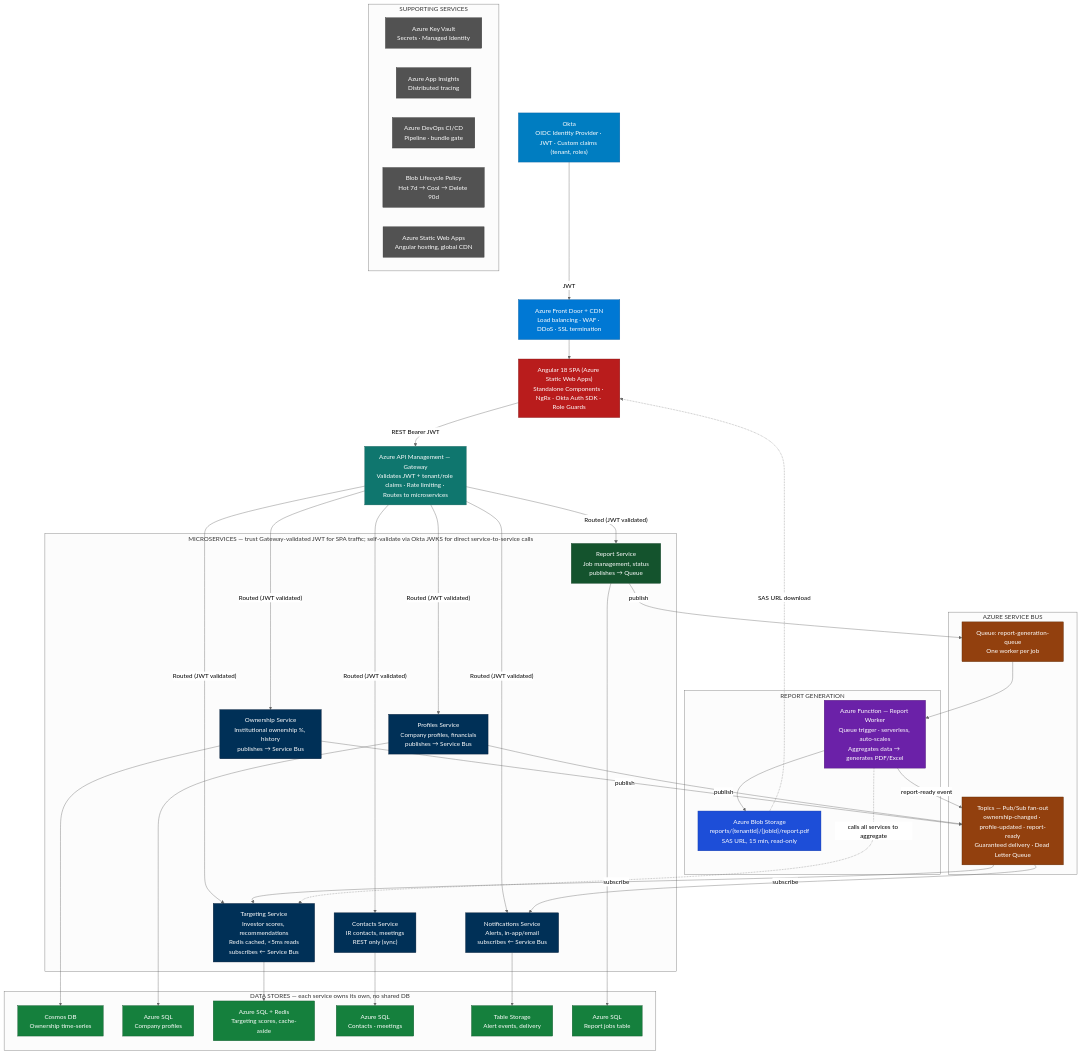
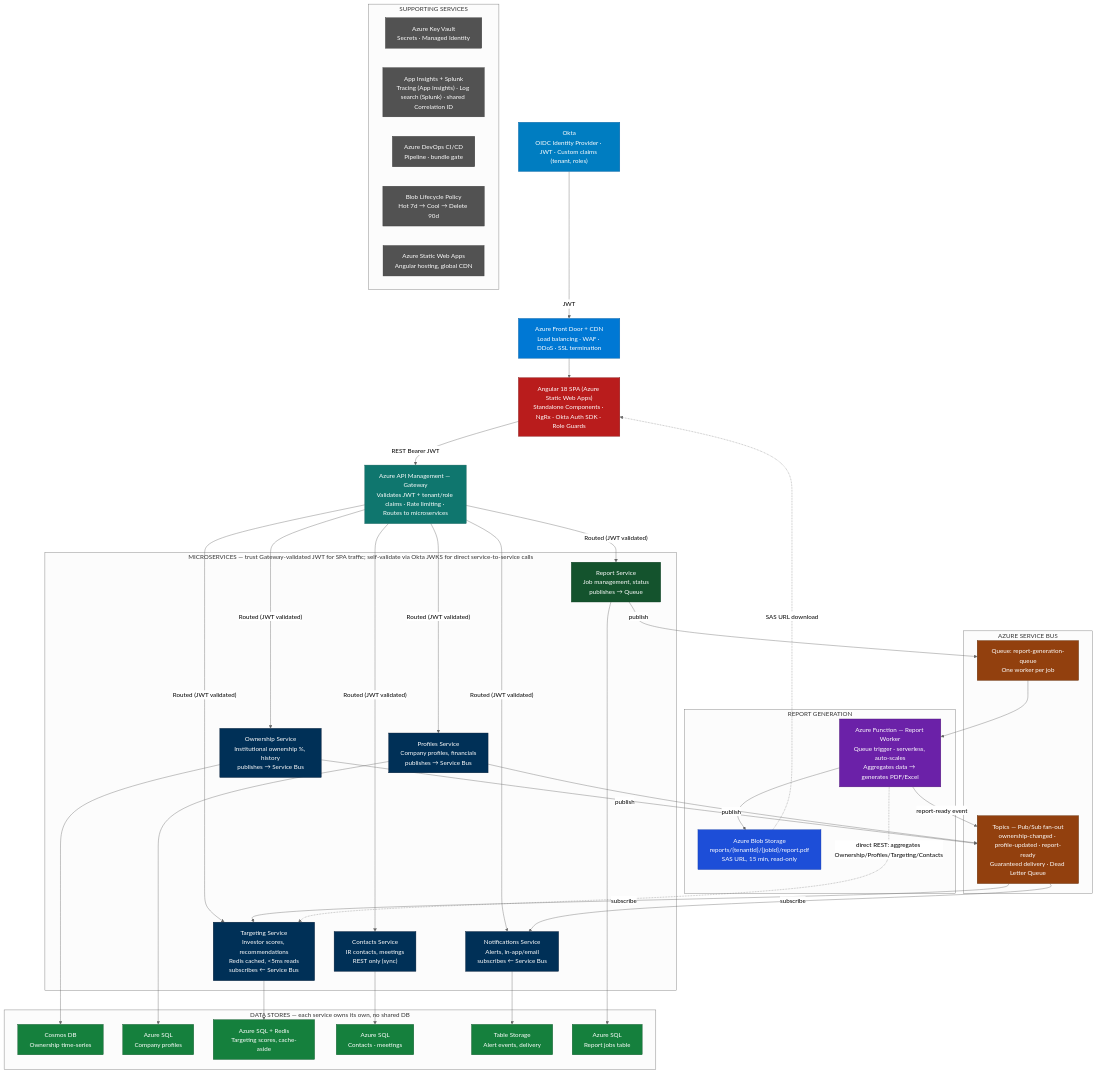
One commit to apoorv2009/interview-vault changed the diagram in capital-access-project/capital-access-interview-story.md. Above: the diagram before and after it, drawn with Mermaid (neutral theme). The commit also changed other lines of this file and 2 other files, not shown here.

Commit message:
Add service-to-service communication patterns and App Insights + Splunk logging

```diff
--- a/capital-access-project/capital-access-interview-story.md
+++ b/capital-access-project/capital-access-interview-story.md
@@ -86,7 +86,7 @@
 
     subgraph SUP["SUPPORTING SERVICES"]
         KV["Azure Key Vault<br/>Secrets · Managed Identity"]
-        AI["Azure App Insights<br/>Distributed tracing"]
+        AI["App Insights + Splunk<br/>Tracing (App Insights) · Log search (Splunk) · shared Correlation ID"]
         CICD["Azure DevOps CI/CD<br/>Pipeline · bundle gate"]
         Lifecycle["Blob Lifecycle Policy<br/>Hot 7d → Cool → Delete 90d"]
         SWA["Azure Static Web Apps<br/>Angular hosting, global CDN"]
@@ -109,7 +109,7 @@
 
     Rep -- publish --> Queue
     Queue --> Func
-    Func -. "calls all services to aggregate" .-> Targ
+    Func -. "direct REST: aggregates Ownership/Profiles/Targeting/Contacts" .-> Targ
     Func --> Blob
     Func -- "report-ready event" --> Topics
     Blob -. "SAS URL download" .-> SPA
```
